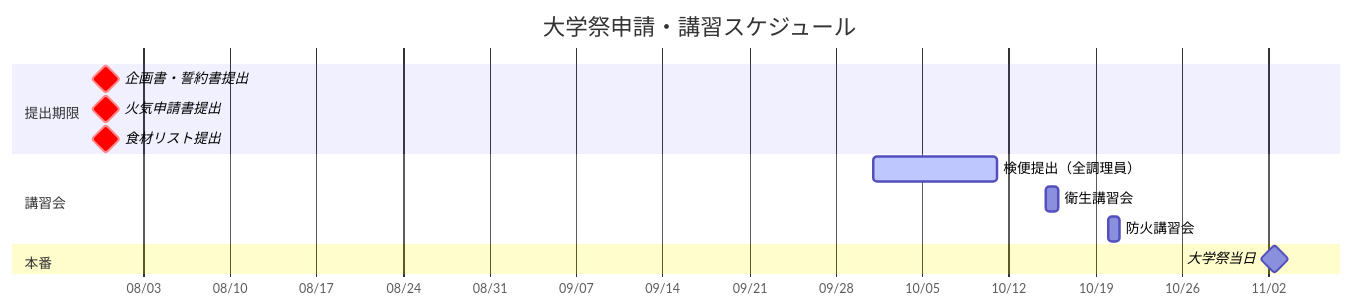
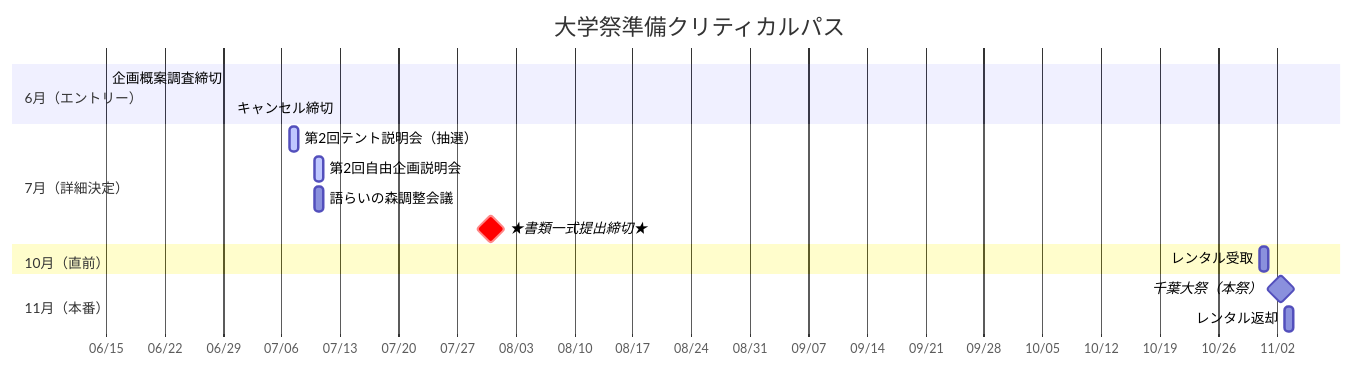
One commit to take-bikes/docs changed the diagram in management/schedule.mdx. Above: the diagram before and after it, drawn with Mermaid. The commit also changed other lines of this file and 5 other files, not shown here.

````diff
--- a/management/schedule.mdx
+++ b/management/schedule.mdx
@@ -18,19 +21,23 @@
 ```mermaid
 gantt
-    title 大学祭申請・講習スケジュール
+    title 大学祭準備クリティカルパス
     dateFormat  MM-DD
     axisFormat  %m/%d
 
-    section 提出期限
-    企画書・誓約書提出  :crit, milestone, 07-31, 0d
-    火気申請書提出      :crit, milestone, 07-31, 0d
-    食材リスト提出      :crit, milestone, 07-31, 0d
+    section 6月（エントリー）
+    企画概案調査締切    :crit, 06-15, 0d
+    キャンセル締切      :crit, 06-30, 0d
     
-    section 講習会
-    検便提出（全調理員） :active, 10-01, 10d
-    衛生講習会          :10-15, 1d
-    防火講習会          :10-20, 1d
+    section 7月（詳細決定）
+    第2回テント説明会（抽選） :active, 07-07, 1d
+    第2回自由企画説明会      :active, 07-10, 1d
+    語らいの森調整会議      :07-10, 1d
+    ★書類一式提出締切★    :crit, milestone, 07-31, 0d
     
-    section 本番
-    大学祭当日          :milestone, 11-01, 3d
+    section 10月（直前）
+    レンタル受取        :10-31, 1d
+    
+    section 11月（本番）
+    千葉大祭（本祭）    :milestone, 11-01, 3d
+    レンタル返却        :11-03, 1d
 ```
````
